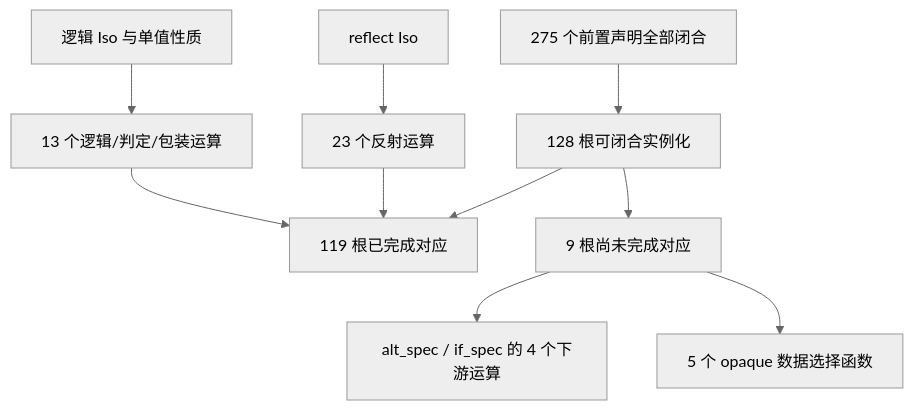
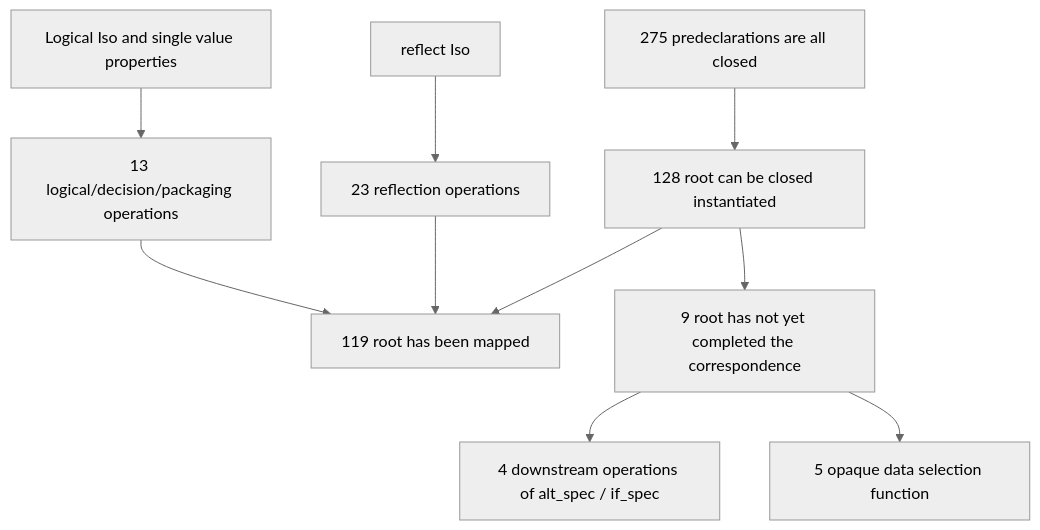
The ninth of 26 diagrams in experiments/incremental-correspondence-20261019/DAG.md (jackooo-dddd/rocq-core), drawn with Mermaid (neutral theme) before and after one commit. The commit also changed other lines of this file and 701 other files, not shown here.

````diff
--- a/experiments/incremental-correspondence-20261019/DAG.md
+++ b/experiments/incremental-correspondence-20261019/DAG.md
@@ -348,12 +348,12 @@
 ```mermaid
 graph TD
- A[275 个前置声明全部闭合] --> B[128 根可闭合实例化]
- B --> C[119 根已完成对应]
- B --> D[9 根尚未完成对应]
- E[reflect Iso] --> F[23 个反射运算]
- G[逻辑 Iso 与单值性质] --> H[13 个逻辑/判定/包装运算]
+ A[275 predeclarations are all closed] --> B[128 root can be closed instantiated]
+ B --> C[119 root has been mapped]
+ B --> D[9 root has not yet completed the correspondence]
+ E[reflect Iso] --> F[23 reflection operations]
+ G[Logical Iso and single value properties] --> H[13 logical/decision/packaging operations]
  F --> C
  H --> C
- D --> I[alt_spec / if_spec 的 4 个下游运算]
- D --> J[5 个 opaque 数据选择函数]
+ D --> I[4 downstream operations of alt_spec / if_spec]
+ D --> J[5 opaque data selection function]
 ```
````
